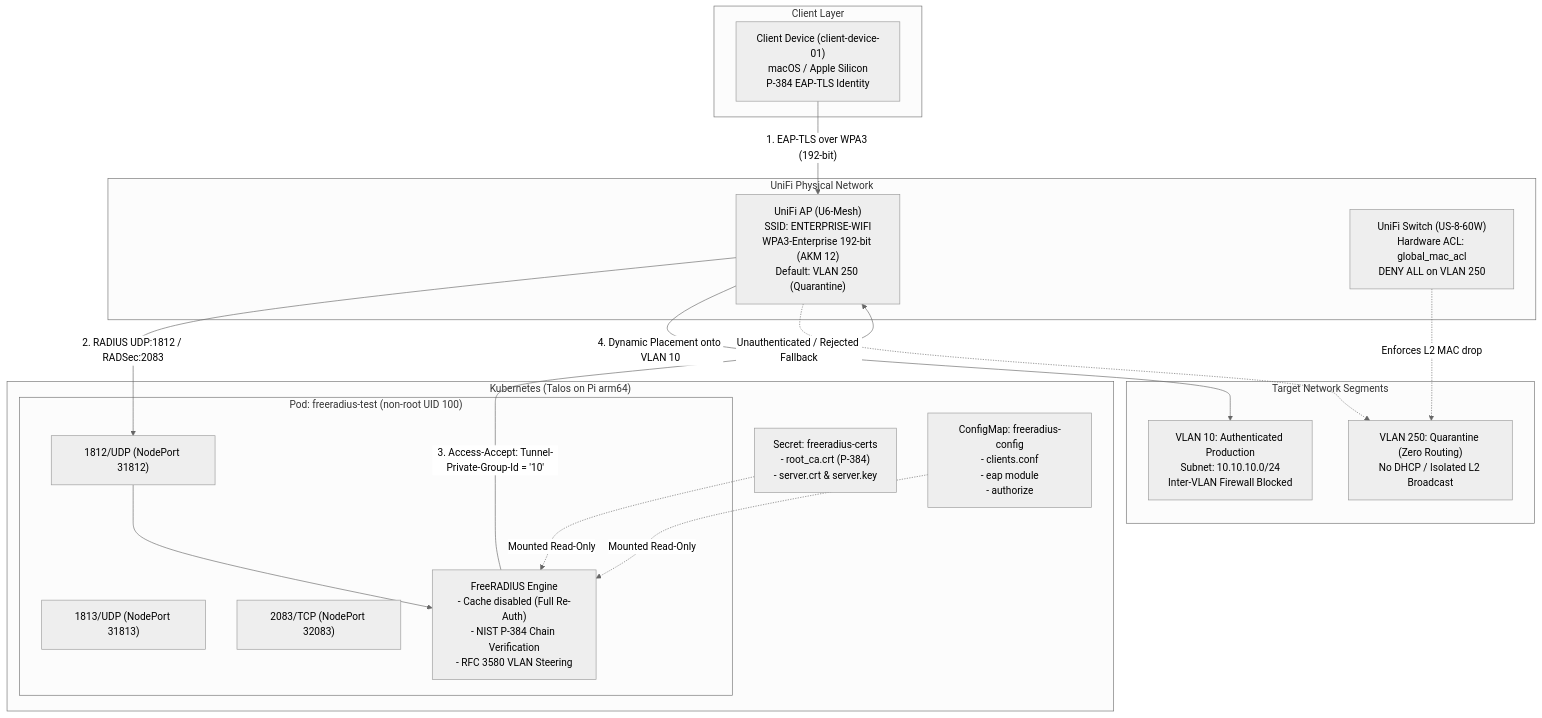
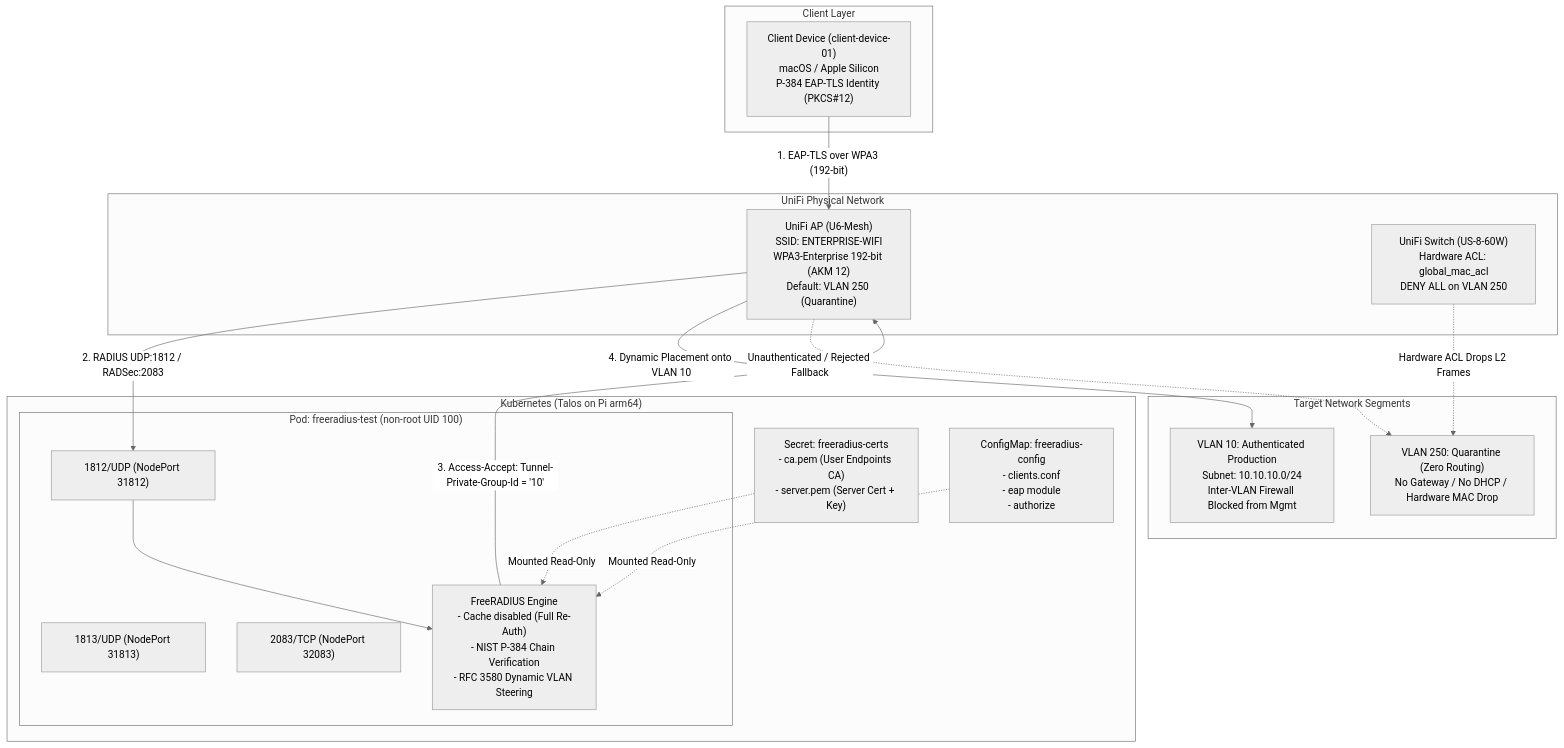
One commit to andrewnicolalde/homelab-NAC changed the first of 2 diagrams in README.md. Above: the diagram before and after it, drawn with Mermaid (neutral theme). The commit also changed other lines of this file, not shown here.

````diff
--- a/README.md
+++ b/README.md
@@ -15,41 +16,41 @@
 ```mermaid
 graph TD
     subgraph ClientLayer ["Client Layer"]
-        Mac["Client Device (client-device-01)<br/>macOS / Apple Silicon<br/>P-384 EAP-TLS Identity"]
+        Mac["Client Device (client-device-01)<br/>macOS / Apple Silicon<br/>P-384 EAP-TLS Identity (PKCS#12)"]
     end
 
     subgraph UniFiNetwork ["UniFi Physical Network"]
         AP["UniFi AP (U6-Mesh)<br/>SSID: ENTERPRISE-WIFI<br/>WPA3-Enterprise 192-bit (AKM 12)<br/>Default: VLAN 250 (Quarantine)"]
         Switch["UniFi Switch (US-8-60W)<br/>Hardware ACL: global_mac_acl<br/>DENY ALL on VLAN 250"]
     end
 
     subgraph K8sCluster ["Kubernetes (Talos on Pi arm64)"]
         subgraph PodRadius ["Pod: freeradius-test (non-root UID 100)"]
             RADIUS_AUTH["1812/UDP (NodePort 31812)"]
             RADIUS_ACCT["1813/UDP (NodePort 31813)"]
             RADSEC["2083/TCP (NodePort 32083)"]
             
-            Core["FreeRADIUS Engine<br/>- Cache disabled (Full Re-Auth)<br/>- NIST P-384 Chain Verification<br/>- RFC 3580 VLAN Steering"]
+            Core["FreeRADIUS Engine<br/>- Cache disabled (Full Re-Auth)<br/>- NIST P-384 Chain Verification<br/>- RFC 3580 Dynamic VLAN Steering"]
         end
 
-        K8S_SECRET["Secret: freeradius-certs<br/>- root_ca.crt (P-384)<br/>- server.crt & server.key"]
+        K8S_SECRET["Secret: freeradius-certs<br/>- ca.pem (User Endpoints CA)<br/>- server.pem (Server Cert + Key)"]
         K8S_CONFIG["ConfigMap: freeradius-config<br/>- clients.conf<br/>- eap module<br/>- authorize"]
     end
 
     subgraph NetworkSegments ["Target Network Segments"]
-        VLAN10["VLAN 10: Authenticated Production<br/>Subnet: 10.10.10.0/24<br/>Inter-VLAN Firewall Blocked"]
-        VLAN250["VLAN 250: Quarantine (Zero Routing)<br/>No DHCP / Isolated L2 Broadcast"]
+        VLAN10["VLAN 10: Authenticated Production<br/>Subnet: 10.10.10.0/24<br/>Inter-VLAN Firewall Blocked from Mgmt"]
+        VLAN250["VLAN 250: Quarantine (Zero Routing)<br/>No Gateway / No DHCP / Hardware MAC Drop"]
     end
 
-    %% Flow
+    %% Authentication & Authorization Flow
     Mac -->|"1. EAP-TLS over WPA3 (192-bit)"| AP
     AP -->|"2. RADIUS UDP:1812 / RADSec:2083"| RADIUS_AUTH
     RADIUS_AUTH --> Core
     K8S_SECRET -.->|"Mounted Read-Only"| Core
     K8S_CONFIG -.->|"Mounted Read-Only"| Core
     
     Core -->|"3. Access-Accept: Tunnel-Private-Group-Id = '10'"| AP
     AP -->|"4. Dynamic Placement onto VLAN 10"| VLAN10
     AP -.->|"Unauthenticated / Rejected Fallback"| VLAN250
-    Switch -.->|"Enforces L2 MAC drop"| VLAN250
+    Switch -.->|"Hardware ACL Drops L2 Frames"| VLAN250
 ```
````
